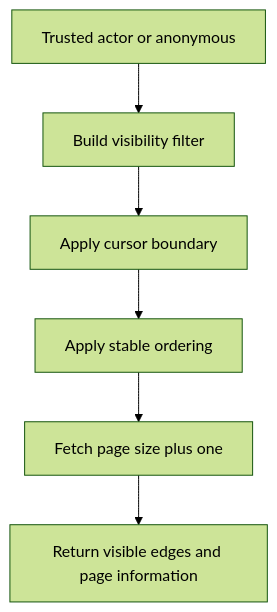
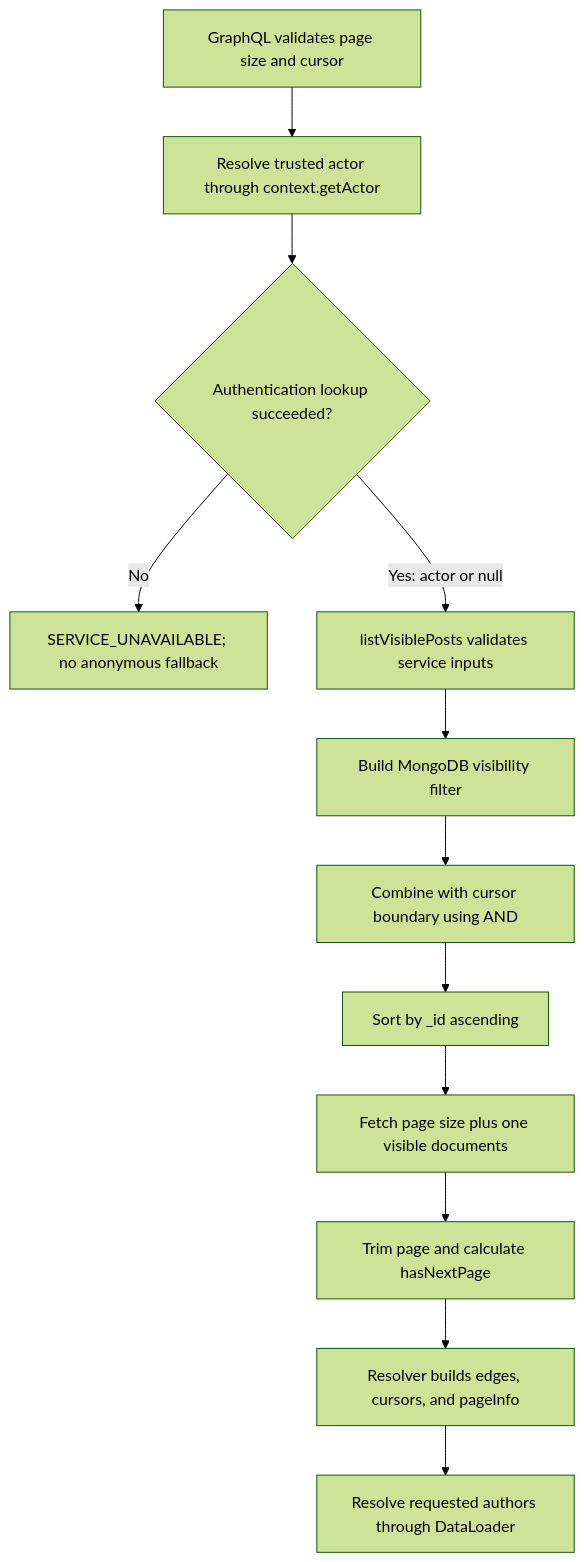
Before and after one commit to aruprakshit/GraphQL-Engineering-Lab: the sixth of 6 diagrams in docs/authorization.md, drawn with Mermaid (forest theme). The commit also changed other lines of this file, not shown here.

Commit message:
Document verified post visibility authorization

````diff
--- a/docs/authorization.md
+++ b/docs/authorization.md
@@ -180,8 +200,14 @@
 ```mermaid
 flowchart TD
-    ACTOR["Trusted actor or anonymous"] --> FILTER["Build visibility filter"]
-    FILTER --> CURSOR["Apply cursor boundary"]
-    CURSOR --> ORDER["Apply stable ordering"]
-    ORDER --> LIMIT["Fetch page size plus one"]
-    LIMIT --> PAGE["Return visible edges and page information"]
+    ARGS["GraphQL validates page size and cursor"] --> AUTH["Resolve trusted actor through context.getActor"]
+    AUTH --> RESULT{"Authentication lookup succeeded?"}
+    RESULT -->|No| ERROR["SERVICE_UNAVAILABLE; no anonymous fallback"]
+    RESULT -->|Yes: actor or null| SERVICE["listVisiblePosts validates service inputs"]
+    SERVICE --> FILTER["Build MongoDB visibility filter"]
+    FILTER --> CURSOR["Combine with cursor boundary using AND"]
+    CURSOR --> ORDER["Sort by _id ascending"]
+    ORDER --> LIMIT["Fetch page size plus one visible documents"]
+    LIMIT --> PAGE["Trim page and calculate hasNextPage"]
+    PAGE --> MAP["Resolver builds edges, cursors, and pageInfo"]
+    MAP --> AUTHORS["Resolve requested authors through DataLoader"]
 ```
````
